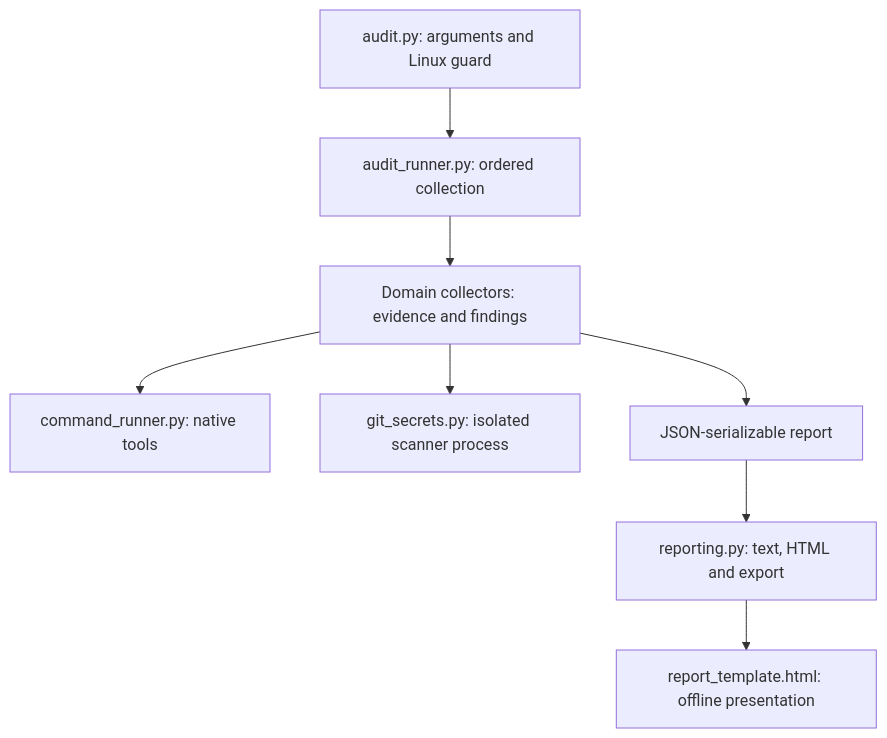
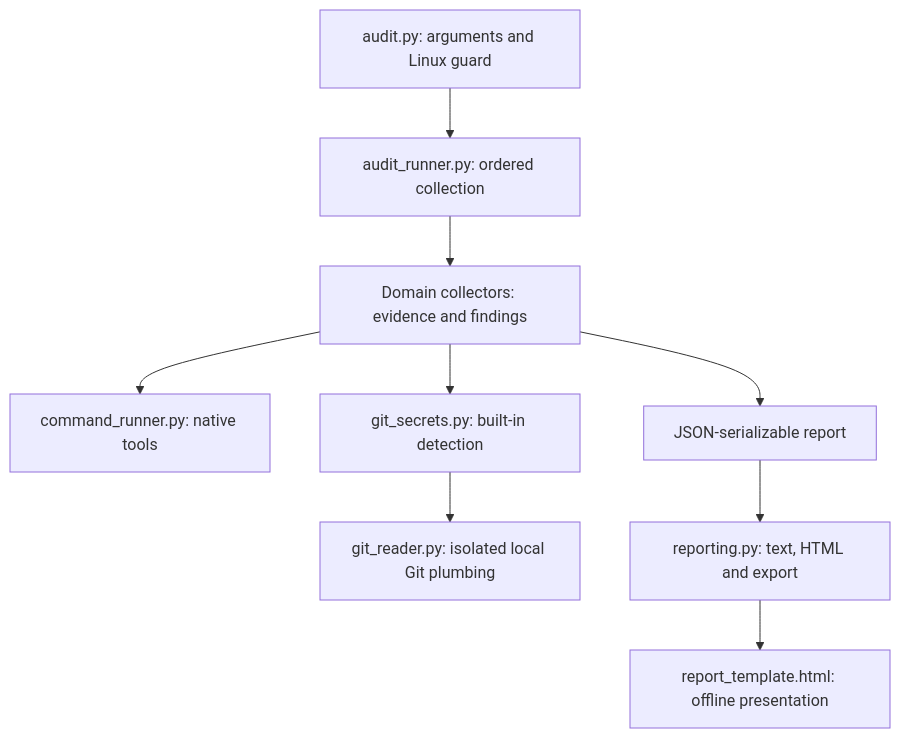
One commit to novakin/Server-Audit changed the diagram in docs/architecture.md. Above: the diagram before and after it, drawn with Mermaid. The commit also changed other lines of this file and 18 other files, not shown here.

First line of the commit message:
feat: replace Gitleaks with bounded built-in Git secret inspection

````diff
--- a/docs/architecture.md
+++ b/docs/architecture.md
@@ -46,10 +47,11 @@
 ```mermaid
 flowchart TD
     CLI["audit.py: arguments and Linux guard"] --> Runner["audit_runner.py: ordered collection"]
     Runner --> Collectors["Domain collectors: evidence and findings"]
     Collectors --> Native["command_runner.py: native tools"]
-    Collectors --> Git["git_secrets.py: isolated scanner process"]
+    Collectors --> Git["git_secrets.py: built-in detection"]
+    Git --> Reader["git_reader.py: isolated local Git plumbing"]
     Collectors --> Report["JSON-serializable report"]
     Report --> Presentation["reporting.py: text, HTML and export"]
     Presentation --> Template["report_template.html: offline presentation"]
 ```
````
